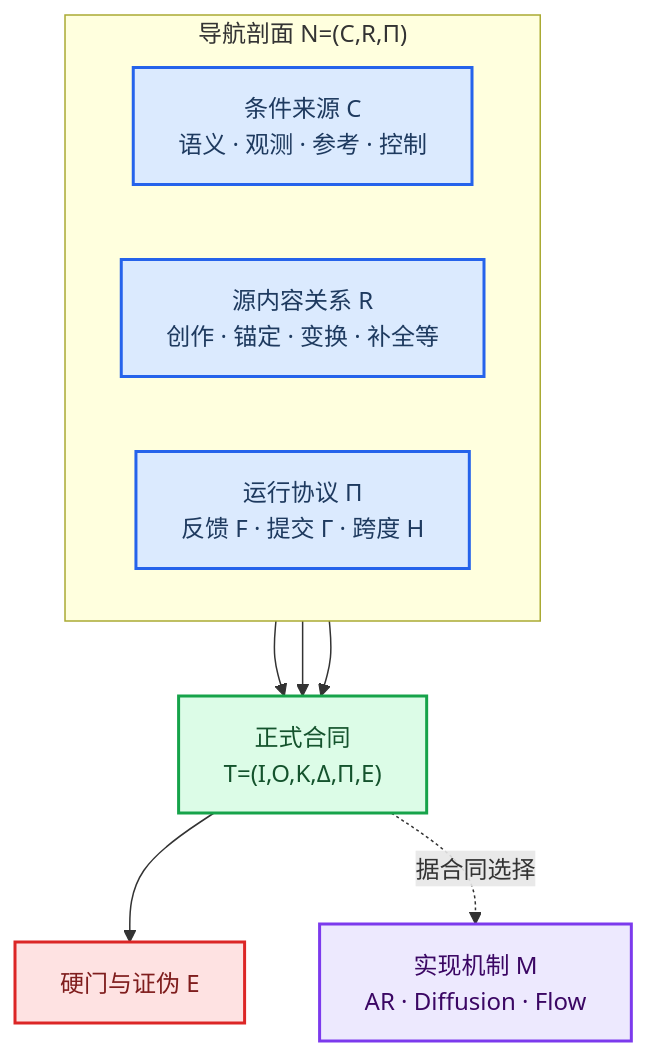
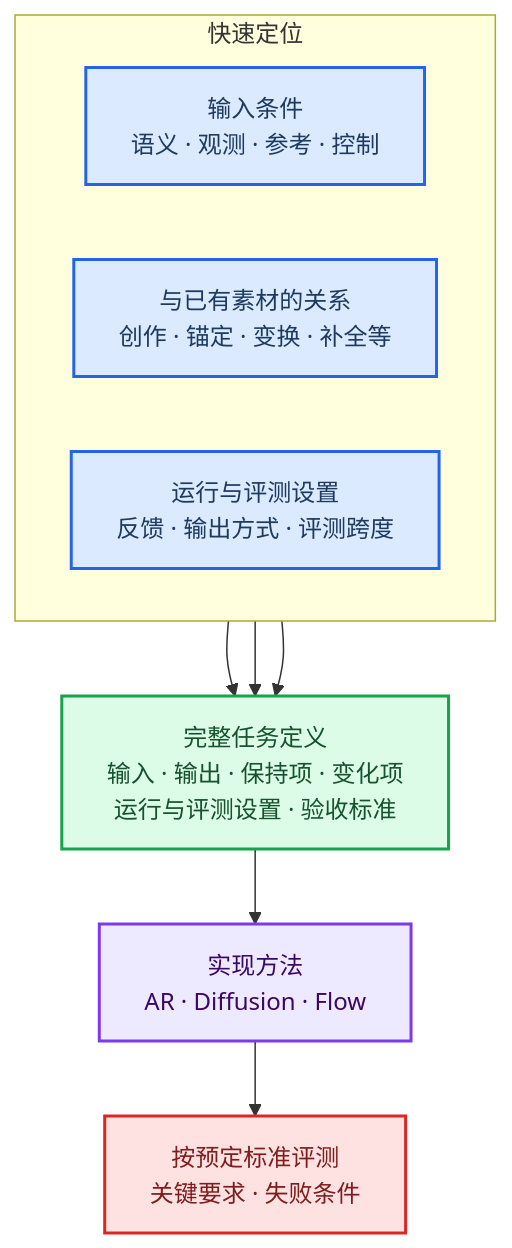
The first of 2 diagrams in docs/taxonomy.md (GVCLab/Video-Generation-101), drawn with Mermaid before and after one commit. The commit also changed other lines of this file and 15 other files, not shown here.

```diff
--- a/docs/taxonomy.md
+++ b/docs/taxonomy.md
@@ -21,28 +15,28 @@
 ~~~mermaid
 flowchart TB
-    accTitle: 从三项导航剖面进入正式任务合同
-    accDescr: 条件来源、源内容关系和运行协议只用于快速定位任务；正式定义还必须声明输入输出、保持变化账本和证伪证据，之后才选择实现机制。
+    accTitle: 从三个问题到完整任务定义
+    accDescr: 输入条件、输出与已有素材的关系、运行与评测设置用于快速定位任务；完整定义还必须说明输入输出、保持项、变化项和验收标准，之后才选择实现方法并按预定标准评测。
 
-    subgraph navigation_profile["导航剖面 N=(C,R,Π)"]
+    subgraph task_positioning["快速定位"]
         direction LR
-        condition_source["条件来源 C<br/>语义 · 观测 · 参考 · 控制"]
-        source_relation["源内容关系 R<br/>创作 · 锚定 · 变换 · 补全等"]
-        run_protocol["运行协议 Π<br/>反馈 F · 提交 Γ · 跨度 H"]
+        condition_source["输入条件<br/>语义 · 观测 · 参考 · 控制"]
+        source_relation["与已有素材的关系<br/>创作 · 锚定 · 变换 · 补全等"]
+        run_protocol["运行与评测设置<br/>反馈 · 输出方式 · 评测跨度"]
     end
 
-    condition_source --> task_contract
-    source_relation --> task_contract
-    run_protocol --> task_contract
-    task_contract["正式合同<br/>T=(I,O,K,Δ,Π,E)"] --> falsification["硬门与证伪 E"]
-    task_contract -.->|据合同选择| implementation_mechanism["实现机制 M<br/>AR · Diffusion · Flow"]
+    condition_source --> task_definition
+    source_relation --> task_definition
+    run_protocol --> task_definition
+    task_definition["完整任务定义<br/>输入 · 输出 · 保持项 · 变化项<br/>运行与评测设置 · 验收标准"] --> implementation_mechanism["实现方法<br/>AR · Diffusion · Flow"]
+    implementation_mechanism --> evaluation["按预定标准评测<br/>关键要求 · 失败条件"]
 
     classDef coordinate_part fill:#dbeafe,stroke:#2563eb,stroke-width:2px,color:#1e3a5f
-    classDef formal_contract fill:#dcfce7,stroke:#16a34a,stroke-width:2px,color:#14532d
+    classDef task_definition_part fill:#dcfce7,stroke:#16a34a,stroke-width:2px,color:#14532d
     classDef validation_part fill:#fee2e2,stroke:#dc2626,stroke-width:2px,color:#7f1d1d
     classDef implementation_part fill:#ede9fe,stroke:#7c3aed,stroke-width:2px,color:#3b0764
 
     class condition_source,source_relation,run_protocol coordinate_part
-    class task_contract formal_contract
-    class falsification validation_part
+    class task_definition task_definition_part
+    class evaluation validation_part
     class implementation_mechanism implementation_part
 ~~~
```
